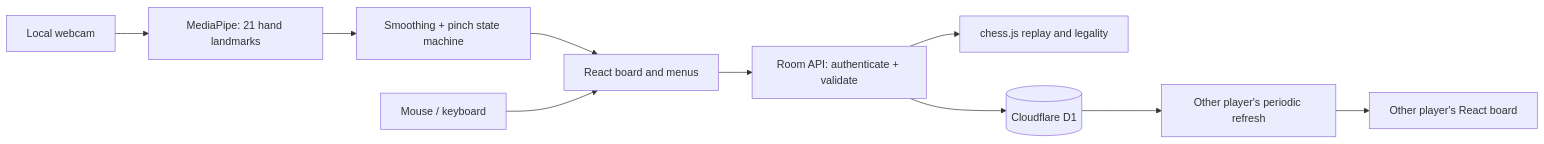
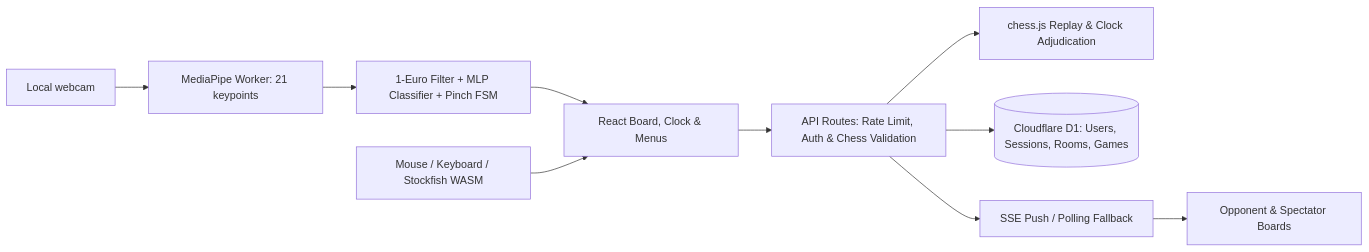
The diagram in docs/ARCHITECTURE.md (harshagarwal4761/AirChess), drawn with Mermaid before and after one commit. The commit also changed other lines of this file and 28 other files, not shown here.

````diff
--- a/docs/ARCHITECTURE.md
+++ b/docs/ARCHITECTURE.md
@@ -3,12 +3,12 @@
 ```mermaid
 flowchart LR
-  Camera[Local webcam] --> Model[MediaPipe: 21 hand landmarks]
-  Model --> Gesture[Smoothing + pinch state machine]
-  Gesture --> UI[React board and menus]
-  Mouse[Mouse / keyboard] --> UI
-  UI --> API[Room API: authenticate + validate]
-  API --> Rules[chess.js replay and legality]
-  API --> DB[(Cloudflare D1)]
-  DB --> Poll[Other player's periodic refresh]
-  Poll --> Other[Other player's React board]
+  Camera[Local webcam] --> Worker[MediaPipe Worker: 21 keypoints]
+  Worker --> Filter[1-Euro Filter + MLP Classifier + Pinch FSM]
+  Filter --> UI[React Board, Clock & Menus]
+  Mouse[Mouse / Keyboard / Stockfish WASM] --> UI
+  UI --> API[API Routes: Rate Limit, Auth & Chess Validation]
+  API --> Rules[chess.js Replay & Clock Adjudication]
+  API --> DB[(Cloudflare D1: Users, Sessions, Rooms, Games)]
+  API --> SSE[SSE Push / Polling Fallback]
+  SSE --> Other[Opponent & Spectator Boards]
 ```
````
